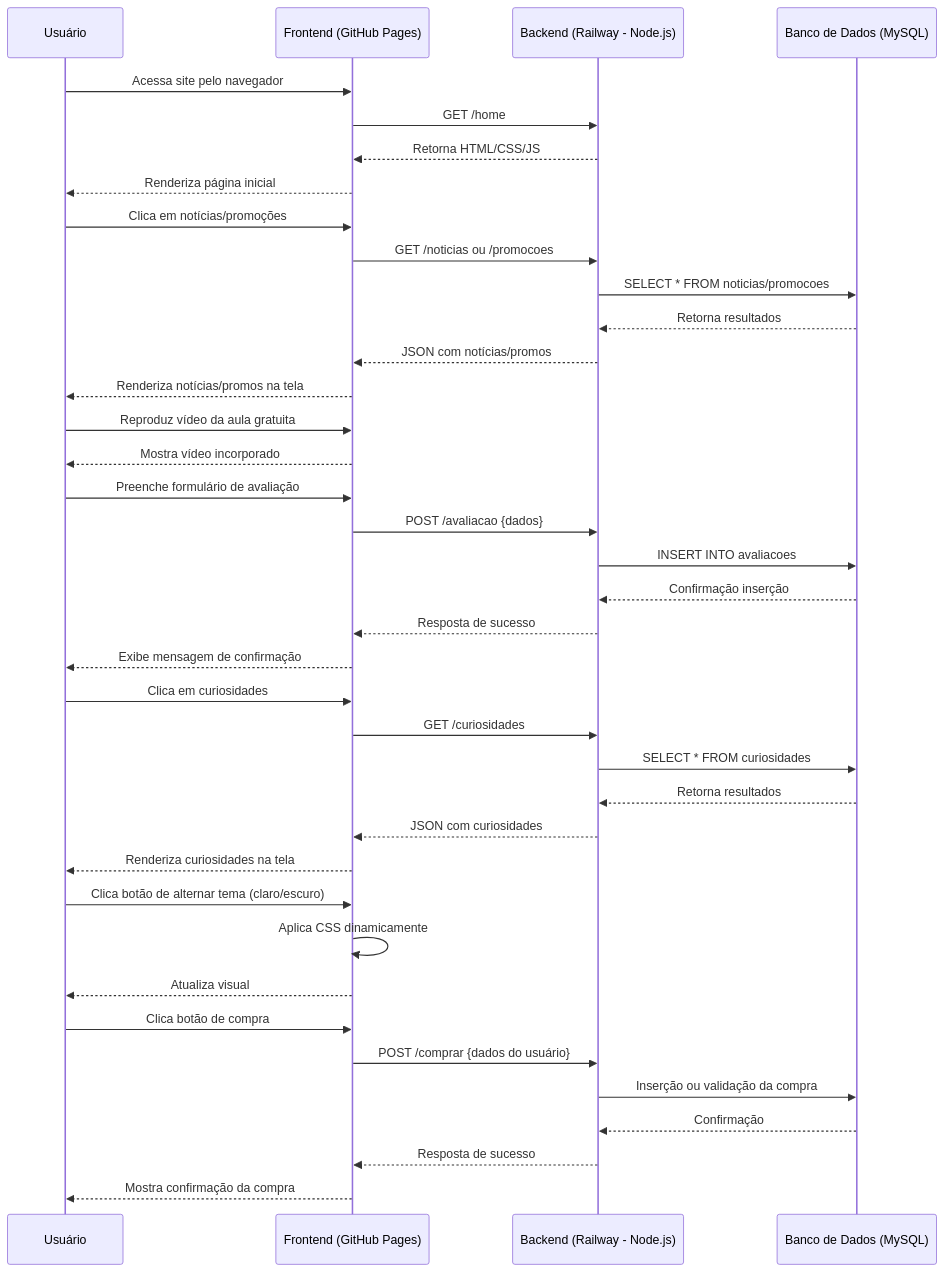
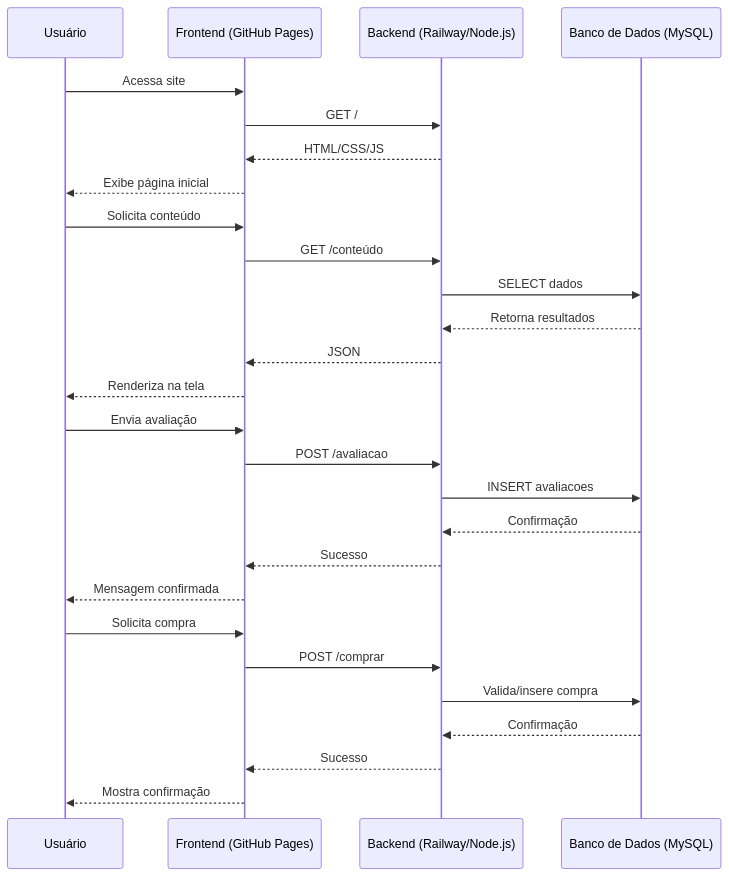
Before and after one commit to IsItLucas/academia-da-palavra: the second of 2 diagrams in readme.md, drawn with Mermaid. The commit also changed 2 other files, not shown here.

Commit message:
alteracao diagrama

````diff
--- a/readme.md
+++ b/readme.md
@@ -103,55 +103,37 @@
 ```mermaid
 sequenceDiagram
     participant U as Usuário
     participant F as Frontend (GitHub Pages)
-    participant B as Backend (Railway - Node.js)
+    participant B as Backend (Railway/Node.js)
     participant D as Banco de Dados (MySQL)
 
     %% Acesso ao site
-    U->>F: Acessa site pelo navegador
-    F->>B: GET /home
-    B-->>F: Retorna HTML/CSS/JS
-    F-->>U: Renderiza página inicial
+    U->>F: Acessa site
+    F->>B: GET /
+    B-->>F: HTML/CSS/JS
+    F-->>U: Exibe página inicial
 
-    %% Consulta de notícias ou promoções
-    U->>F: Clica em notícias/promoções
-    F->>B: GET /noticias ou /promocoes
-    B->>D: SELECT * FROM noticias/promocoes
+    %% Consulta de conteúdo (notícias, promoções, curiosidades)
+    U->>F: Solicita conteúdo
+    F->>B: GET /conteúdo
+    B->>D: SELECT dados
     D-->>B: Retorna resultados
-    B-->>F: JSON com notícias/promos
-    F-->>U: Renderiza notícias/promos na tela
-
-    %% Aula introdutória
-    U->>F: Reproduz vídeo da aula gratuita
-    F-->>U: Mostra vídeo incorporado
+    B-->>F: JSON
+    F-->>U: Renderiza na tela
 
     %% Envio de avaliação
-    U->>F: Preenche formulário de avaliação
-    F->>B: POST /avaliacao {dados}
-    B->>D: INSERT INTO avaliacoes
-    D-->>B: Confirmação inserção
-    B-->>F: Resposta de sucesso
-    F-->>U: Exibe mensagem de confirmação
-
-    %% Consulta de curiosidades culturais
-    U->>F: Clica em curiosidades
-    F->>B: GET /curiosidades
-    B->>D: SELECT * FROM curiosidades
-    D-->>B: Retorna resultados
-    B-->>F: JSON com curiosidades
-    F-->>U: Renderiza curiosidades na tela
-
-    %% Alternância de tema
-    U->>F: Clica botão de alternar tema (claro/escuro)
-    F->>F: Aplica CSS dinamicamente
-    F-->>U: Atualiza visual
+    U->>F: Envia avaliação
+    F->>B: POST /avaliacao
+    B->>D: INSERT avaliacoes
+    D-->>B: Confirmação
+    B-->>F: Sucesso
+    F-->>U: Mensagem confirmada
 
     %% Compra do curso
-    U->>F: Clica botão de compra
-    F->>B: POST /comprar {dados do usuário}
-    B->>D: Inserção ou validação da compra
+    U->>F: Solicita compra
+    F->>B: POST /comprar
+    B->>D: Valida/insere compra
     D-->>B: Confirmação
-    B-->>F: Resposta de sucesso
-    F-->>U: Mostra confirmação da compra
-
+    B-->>F: Sucesso
+    F-->>U: Mostra confirmação
 ```
````
